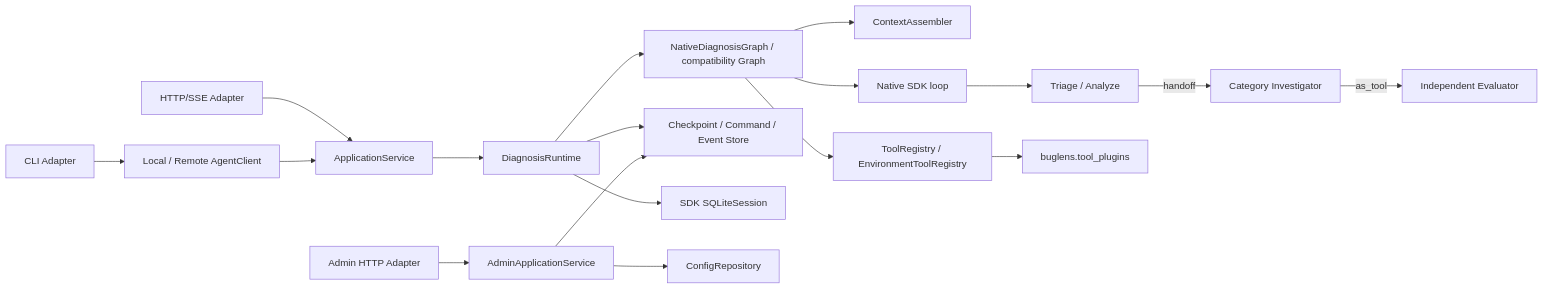
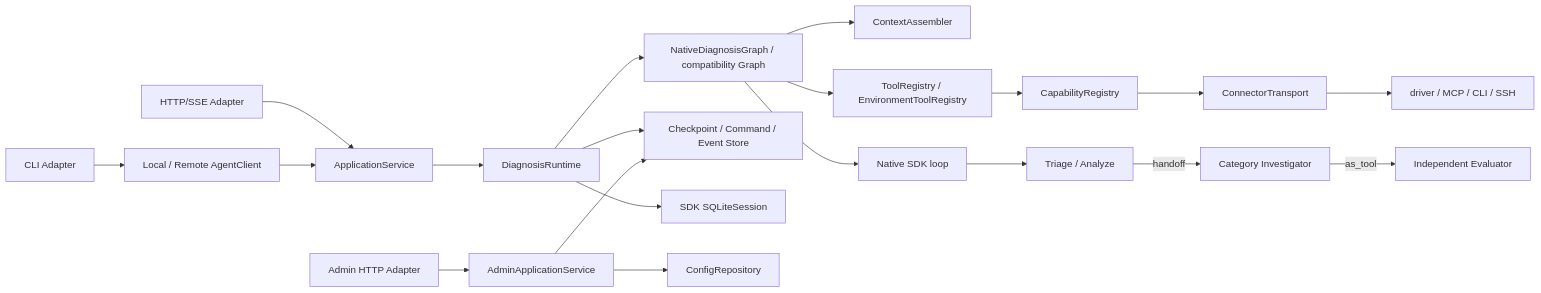
One commit to Dahaoge666/BugLens changed the diagram in backend/docs/architecture.md. Above: the diagram before and after it, drawn with Mermaid. The commit also changed other lines of this file and 13 other files, not shown here.

Commit message:
feat: add capability and transport adapter layer

````diff
--- a/backend/docs/architecture.md
+++ b/backend/docs/architecture.md
@@ -7,20 +7,22 @@
 ```mermaid
 flowchart LR
     CLI[CLI Adapter] --> CLIENT[Local / Remote AgentClient]
     WEB[HTTP/SSE Adapter] --> APP[ApplicationService]
     CLIENT --> APP
     ADMIN[Admin HTTP Adapter] --> ADMINAPP[AdminApplicationService]
     APP --> RUNTIME[DiagnosisRuntime]
     RUNTIME --> GRAPH[NativeDiagnosisGraph / compatibility Graph]
     RUNTIME --> STORE[Checkpoint / Command / Event Store]
     RUNTIME --> SESSION[SDK SQLiteSession]
     ADMINAPP --> CONFIG[ConfigRepository]
     ADMINAPP --> STORE
     GRAPH --> CONTEXT[ContextAssembler]
     GRAPH --> TOOLS[ToolRegistry / EnvironmentToolRegistry]
     GRAPH --> NODES[Native SDK loop]
     NODES --> TRIAGE[Triage / Analyze]
     TRIAGE -->|handoff| INVESTIGATE[Category Investigator]
     INVESTIGATE -->|as_tool| EVALUATE[Independent Evaluator]
-    TOOLS --> PLUGINS[buglens.tool_plugins]
+    TOOLS --> CAPABILITIES[CapabilityRegistry]
+    CAPABILITIES --> CONNECTORS[ConnectorTransport]
+    CONNECTORS --> PLUGINS[driver / MCP / CLI / SSH]
 ```
````
